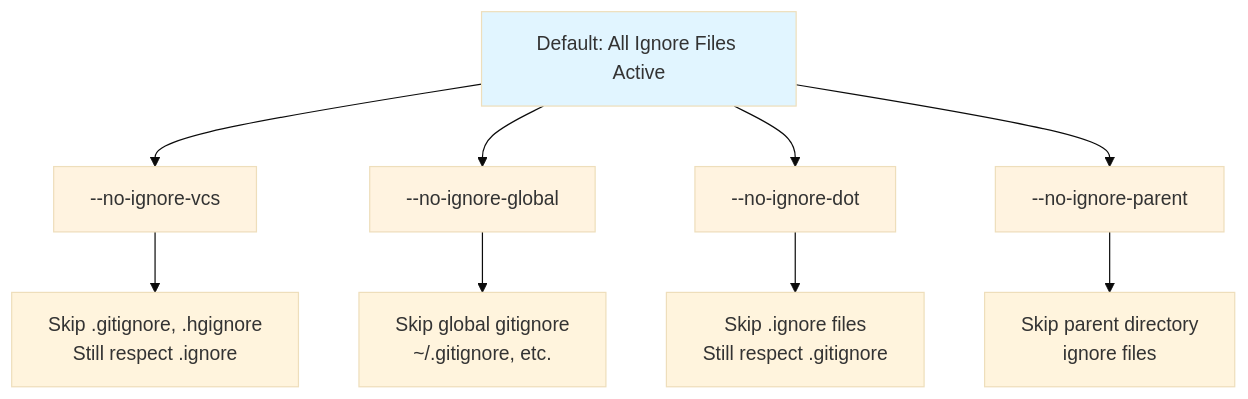
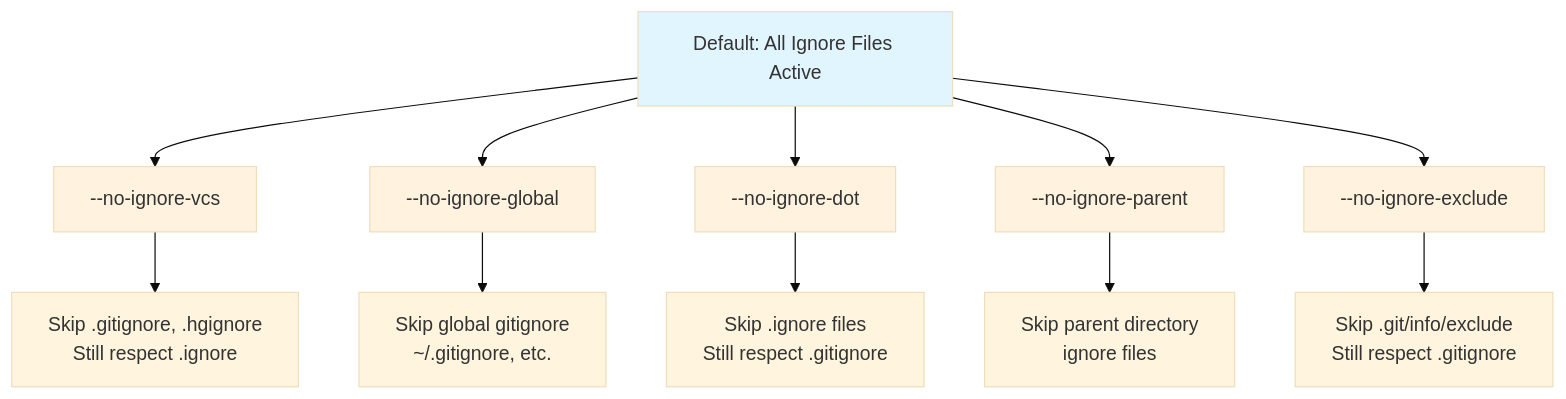
One commit to iepathos/ripgrep changed the second of 2 diagrams in docs/common-options/file-filtering.md. Above: the diagram before and after it, drawn with Mermaid (base theme). The commit also changed other lines of this file, not shown here.

````diff
--- a/docs/common-options/file-filtering.md
+++ b/docs/common-options/file-filtering.md
@@ -158,22 +195,26 @@
 ```mermaid
 graph TD
     Default[Default: All Ignore Files Active] --> VCS[--no-ignore-vcs]
     Default --> Global[--no-ignore-global]
     Default --> Dot[--no-ignore-dot]
     Default --> Parent[--no-ignore-parent]
+    Default --> Exclude[--no-ignore-exclude]
 
     VCS --> V1["Skip .gitignore, .hgignore
 Still respect .ignore"]
     Global --> G1["Skip global gitignore
 ~/.gitignore, etc."]
     Dot --> D1["Skip .ignore files
 Still respect .gitignore"]
     Parent --> P1["Skip parent directory
 ignore files"]
+    Exclude --> E1["Skip .git/info/exclude
+Still respect .gitignore"]
 
     style Default fill:#e1f5ff
     style VCS fill:#fff3e0
     style Global fill:#fff3e0
     style Dot fill:#fff3e0
     style Parent fill:#fff3e0
+    style Exclude fill:#fff3e0
 ```
````
